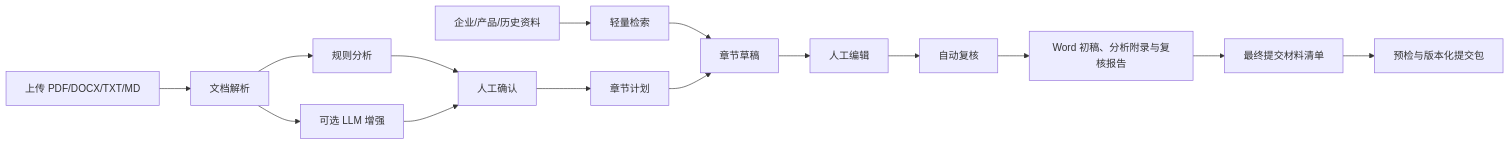
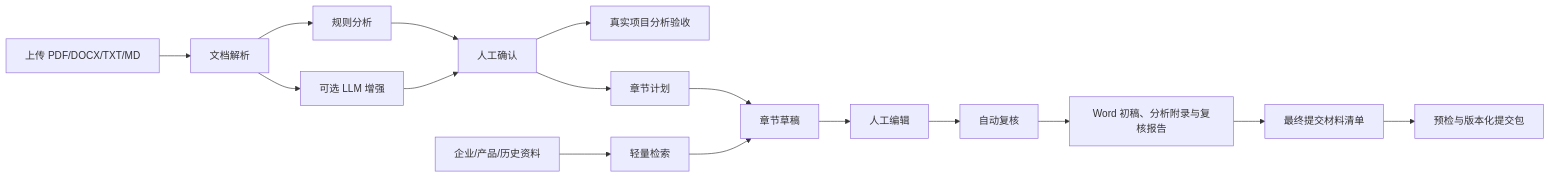
One commit to Derr1ckwy/bid-assistant-mvp changed the diagram in 实施方案与项目路径.md. Above: the diagram before and after it, drawn with Mermaid. The commit also changed other lines of this file and 5 other files, not shown here.

````diff
--- a/实施方案与项目路径.md
+++ b/实施方案与项目路径.md
@@ -61,17 +64,18 @@
 ```mermaid
 flowchart LR
     A[上传 PDF/DOCX/TXT/MD] --> B[文档解析]
     B --> C[规则分析]
     B --> D[可选 LLM 增强]
     C --> E[人工确认]
     D --> E
+    E --> O[真实项目分析验收]
     F[企业/产品/历史资料] --> G[轻量检索]
     E --> H[章节计划]
     G --> I[章节草稿]
     H --> I
     I --> J[人工编辑]
     J --> K[自动复核]
     K --> L[Word 初稿、分析附录与复核报告]
     L --> M[最终提交材料清单]
     M --> N[预检与版本化提交包]
 ```
````
